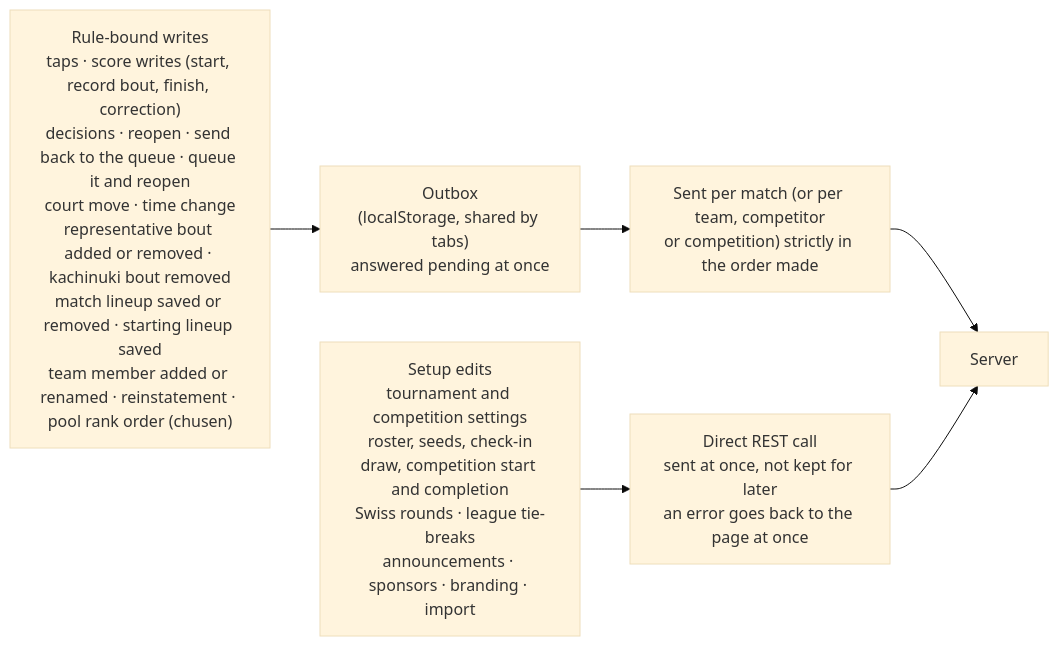
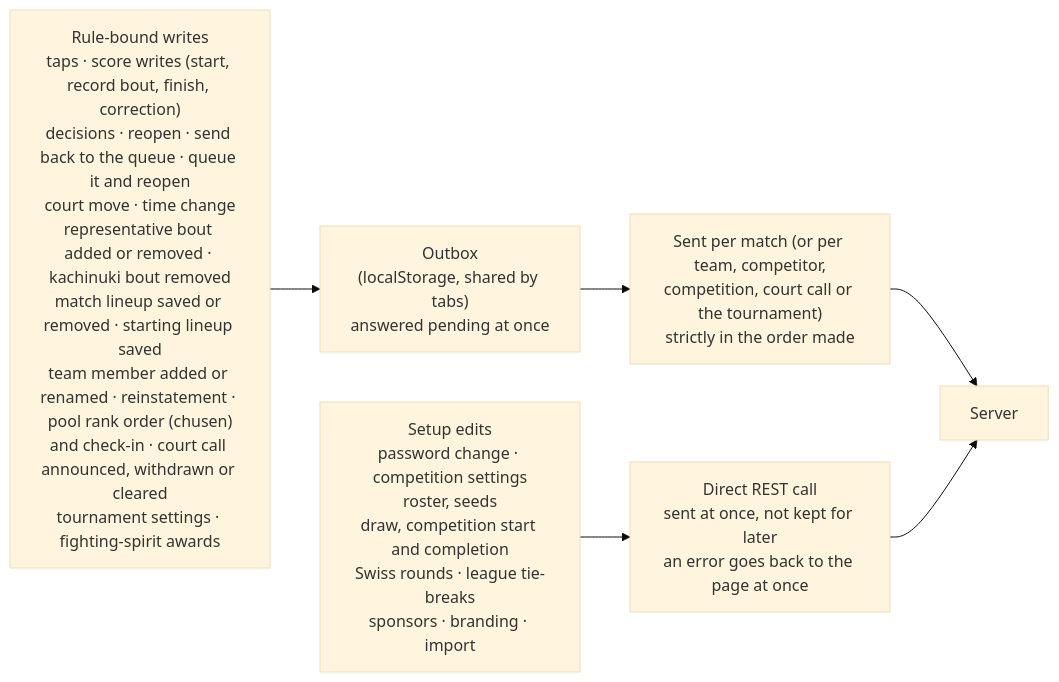
One commit to gitrgoliveira/bracket-creator changed the sixth of 8 diagrams in docs/architecture/network-architecture.md. Above: the diagram before and after it, drawn with Mermaid (base theme). The commit also changed other lines of this file and 11 other files, not shown here.

Commit message:
fix(bc-obox): the court console tells an expired held call; docs-review round 2 fixes

````diff
--- a/docs/architecture/network-architecture.md
+++ b/docs/architecture/network-architecture.md
@@ -216,10 +217,10 @@
 ```mermaid
 flowchart LR
-    rule["Rule-bound writes<br/>taps · score writes (start, record bout, finish, correction)<br/>decisions · reopen · send back to the queue · queue it and reopen<br/>court move · time change<br/>representative bout added or removed · kachinuki bout removed<br/>match lineup saved or removed · starting lineup saved<br/>team member added or renamed · reinstatement · pool rank order (chusen)"]
+    rule["Rule-bound writes<br/>taps · score writes (start, record bout, finish, correction)<br/>decisions · reopen · send back to the queue · queue it and reopen<br/>court move · time change<br/>representative bout added or removed · kachinuki bout removed<br/>match lineup saved or removed · starting lineup saved<br/>team member added or renamed · reinstatement · pool rank order (chusen)<br/>and check-in · court call announced, withdrawn or cleared<br/>tournament settings · fighting-spirit awards"]
     rule --> ob["Outbox<br/>(localStorage, shared by tabs)<br/>answered pending at once"]
-    ob --> order["Sent per match (or per team, competitor<br/>or competition) strictly in the order made"]
+    ob --> order["Sent per match (or per team, competitor,<br/>competition, court call or the tournament)<br/>strictly in the order made"]
     order --> srv["Server"]
-    setup["Setup edits<br/>tournament and competition settings<br/>roster, seeds, check-in<br/>draw, competition start and completion<br/>Swiss rounds · league tie-breaks<br/>announcements · sponsors · branding · import"]
+    setup["Setup edits<br/>password change · competition settings<br/>roster, seeds<br/>draw, competition start and completion<br/>Swiss rounds · league tie-breaks<br/>sponsors · branding · import"]
     setup --> direct["Direct REST call<br/>sent at once, not kept for later<br/>an error goes back to the page at once"]
     direct --> srv
 ```
````
